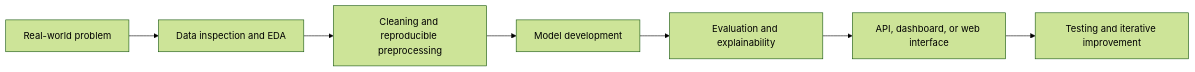
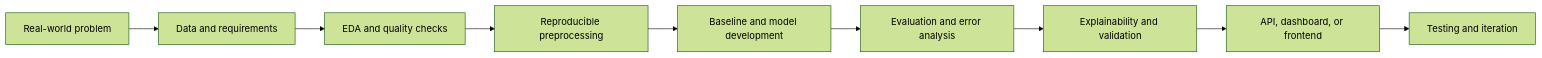
One commit to Sleem13/Sleem13 changed the diagram in README.md. Above: the diagram before and after it, drawn with Mermaid (forest theme). The commit also changed other lines of this file and 2 other files, not shown here.

````diff
--- a/README.md
+++ b/README.md
@@ -86,9 +197,11 @@
 ```mermaid
 flowchart LR
-    A[Real-world problem] --> B[Data inspection and EDA]
-    B --> C[Cleaning and reproducible preprocessing]
-    C --> D[Model development]
-    D --> E[Evaluation and explainability]
-    E --> F[API, dashboard, or web interface]
-    F --> G[Testing and iterative improvement]
+    A[Real-world problem] --> B[Data and requirements]
+    B --> C[EDA and quality checks]
+    C --> D[Reproducible preprocessing]
+    D --> E[Baseline and model development]
+    E --> F[Evaluation and error analysis]
+    F --> G[Explainability and validation]
+    G --> H[API, dashboard, or frontend]
+    H --> I[Testing and iteration]
 ```
````
